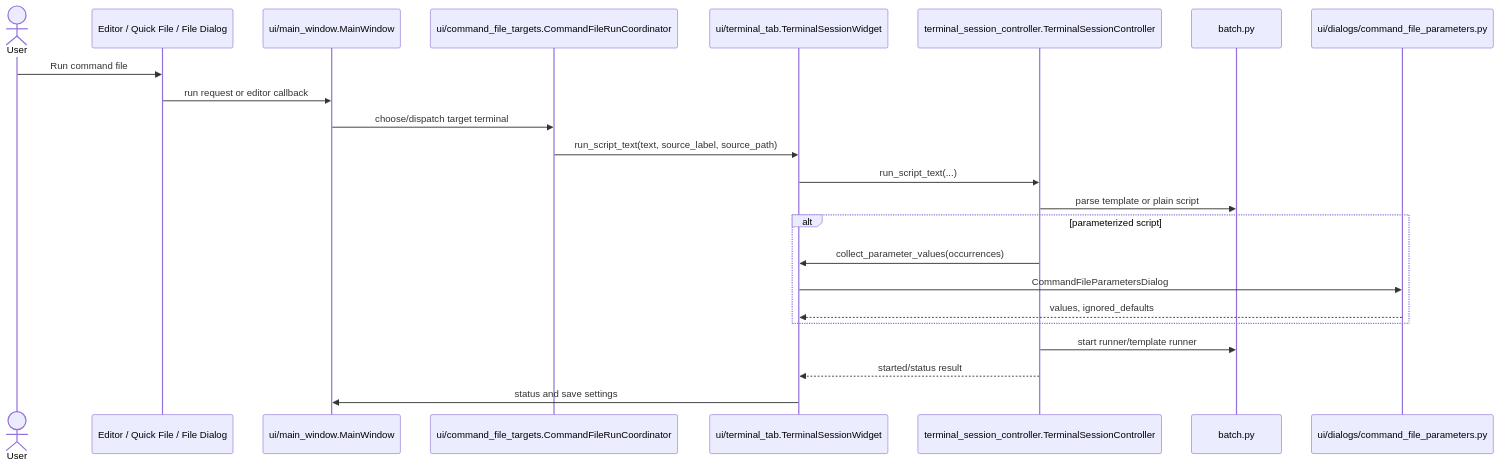
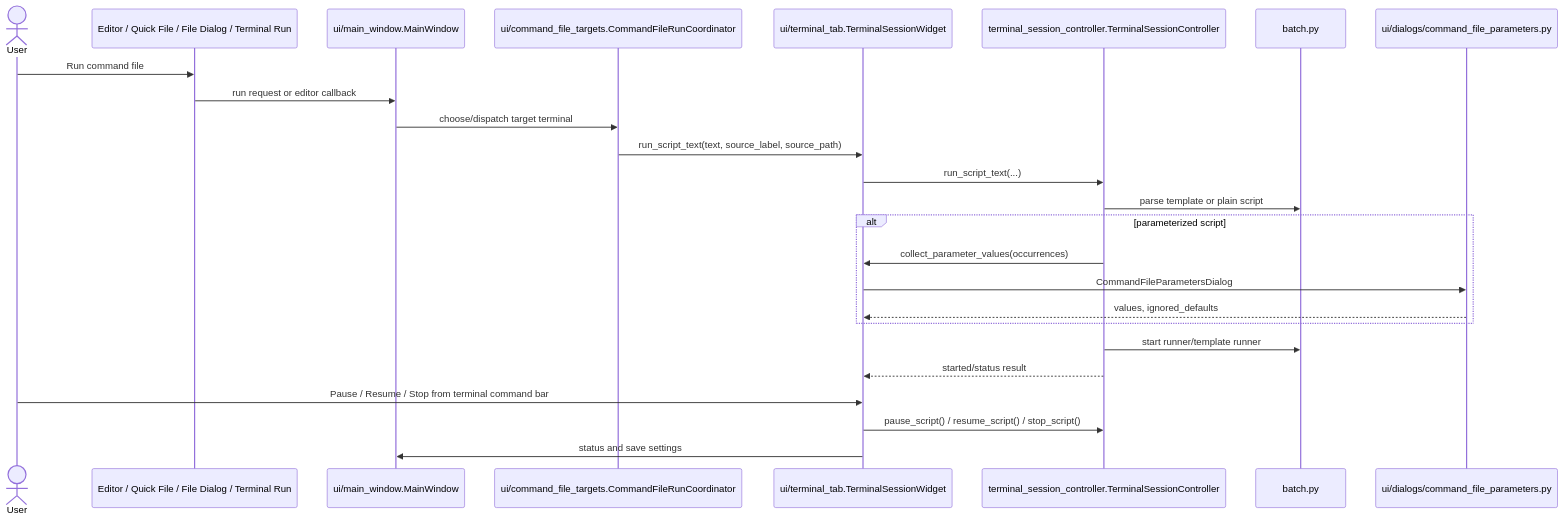
Before and after one commit to shuky-shukrun/ComPort-Zone: the seventh of 11 diagrams in docs/DESIGN.md, drawn with Mermaid. The commit also changed other lines of this file and 12 other files, not shown here.

````diff
--- a/docs/DESIGN.md
+++ b/docs/DESIGN.md
@@ -303,26 +303,28 @@
 ```mermaid
 sequenceDiagram
     actor User
-    participant Source as Editor / Quick File / File Dialog
+    participant Source as Editor / Quick File / File Dialog / Terminal Run
     participant Main as ui/main_window.MainWindow
     participant Targets as ui/command_file_targets.CommandFileRunCoordinator
     participant Tab as ui/terminal_tab.TerminalSessionWidget
     participant Ctrl as terminal_session_controller.TerminalSessionController
     participant Batch as batch.py
     participant Dialog as ui/dialogs/command_file_parameters.py
 
     User->>Source: Run command file
     Source->>Main: run request or editor callback
     Main->>Targets: choose/dispatch target terminal
     Targets->>Tab: run_script_text(text, source_label, source_path)
     Tab->>Ctrl: run_script_text(...)
     Ctrl->>Batch: parse template or plain script
     alt parameterized script
         Ctrl->>Tab: collect_parameter_values(occurrences)
         Tab->>Dialog: CommandFileParametersDialog
         Dialog-->>Tab: values, ignored_defaults
     end
     Ctrl->>Batch: start runner/template runner
     Ctrl-->>Tab: started/status result
+    User->>Tab: Pause / Resume / Stop from terminal command bar
+    Tab->>Ctrl: pause_script() / resume_script() / stop_script()
     Tab->>Main: status and save settings
 ```
````
